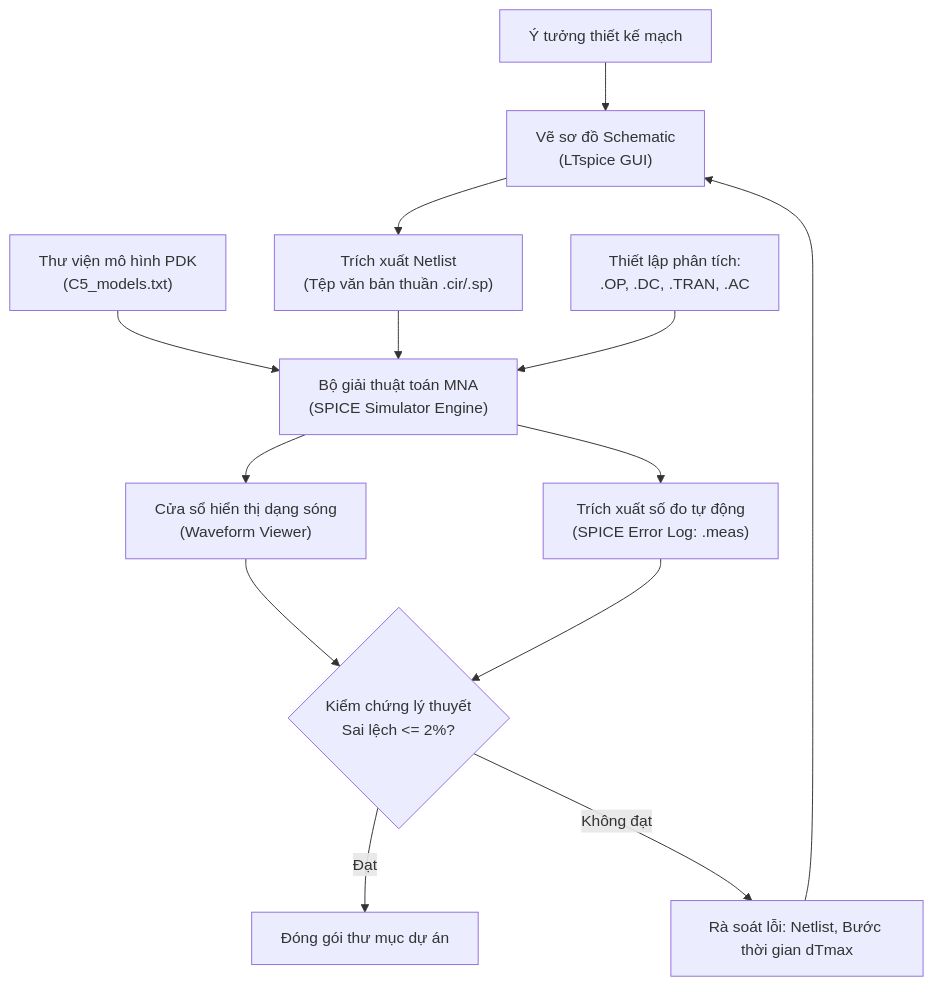
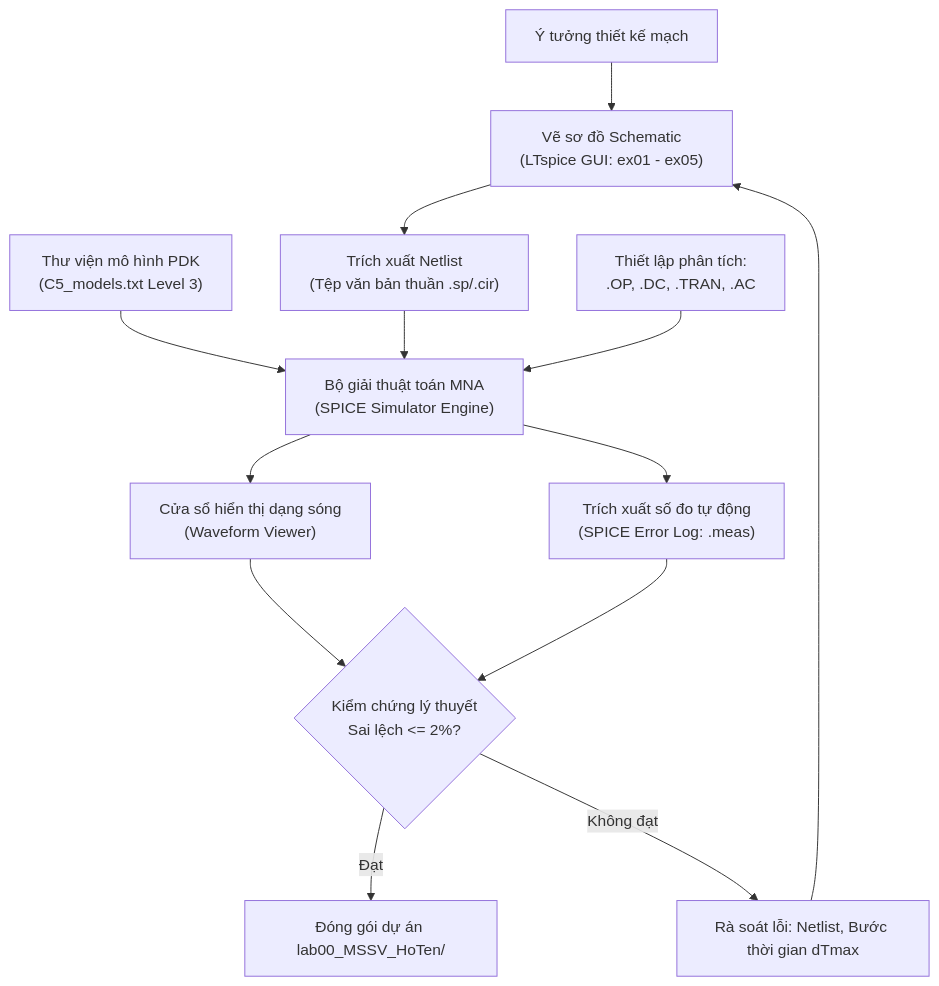
Before and after one commit to Phanngocky/Spice: the diagram in 03 - Instructor_Solutions/lab00/dap_an_chi_tiet_lab00.md, drawn with Mermaid. The commit also changed other lines of this file and 6 other files, not shown here.

````diff
--- a/03 - Instructor_Solutions/lab00/dap_an_chi_tiet_lab00.md
+++ b/03 - Instructor_Solutions/lab00/dap_an_chi_tiet_lab00.md
@@ -321,15 +322,23 @@
 ```mermaid
 flowchart TD
-    A["Ý tưởng thiết kế mạch"] --> B["Vẽ sơ đồ Schematic\n(LTspice GUI)"]
-    B --> C["Trích xuất Netlist\n(Tệp văn bản thuần .cir/.sp)"]
-    D["Thư viện mô hình PDK\n(C5_models.txt)"] --> E["Bộ giải thuật toán MNA\n(SPICE Simulator Engine)"]
+    A["Ý tưởng thiết kế mạch"] --> B["Vẽ sơ đồ Schematic
+(LTspice GUI: ex01 - ex05)"]
+    B --> C["Trích xuất Netlist
+(Tệp văn bản thuần .sp/.cir)"]
+    D["Thư viện mô hình PDK
+(C5_models.txt Level 3)"] --> E["Bộ giải thuật toán MNA
+(SPICE Simulator Engine)"]
     C --> E
-    F["Thiết lập phân tích:\n.OP, .DC, .TRAN, .AC"] --> E
-    E --> G["Cửa sổ hiển thị dạng sóng\n(Waveform Viewer)"]
-    E --> H["Trích xuất số đo tự động\n(SPICE Error Log: .meas)"]
-    G --> I{"Kiểm chứng lý thuyết\nSai lệch <= 2%?"}
+    F["Thiết lập phân tích:
+.OP, .DC, .TRAN, .AC"] --> E
+    E --> G["Cửa sổ hiển thị dạng sóng
+(Waveform Viewer)"]
+    E --> H["Trích xuất số đo tự động
+(SPICE Error Log: .meas)"]
+    G --> I{"Kiểm chứng lý thuyết
+Sai lệch <= 2%?"}
     H --> I
-    I -- Đạt --> J["Đóng gói thư mục dự án"]
+    I -- Đạt --> J["Đóng gói dự án lab00_MSSV_HoTen/"]
     I -- Không đạt --> K["Rà soát lỗi: Netlist, Bước thời gian dTmax"]
     K --> B
 ```
````
